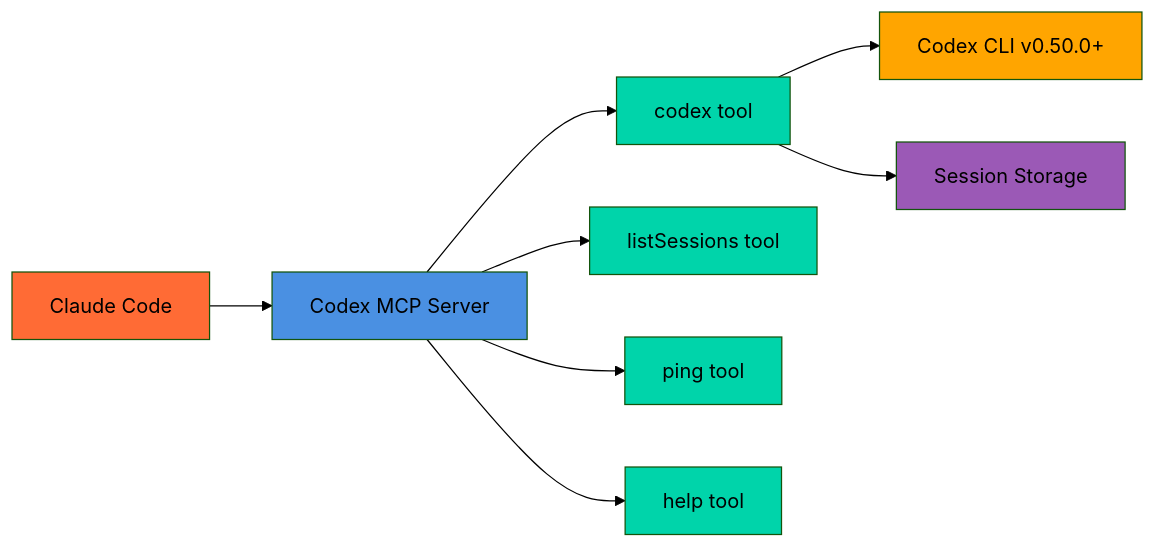
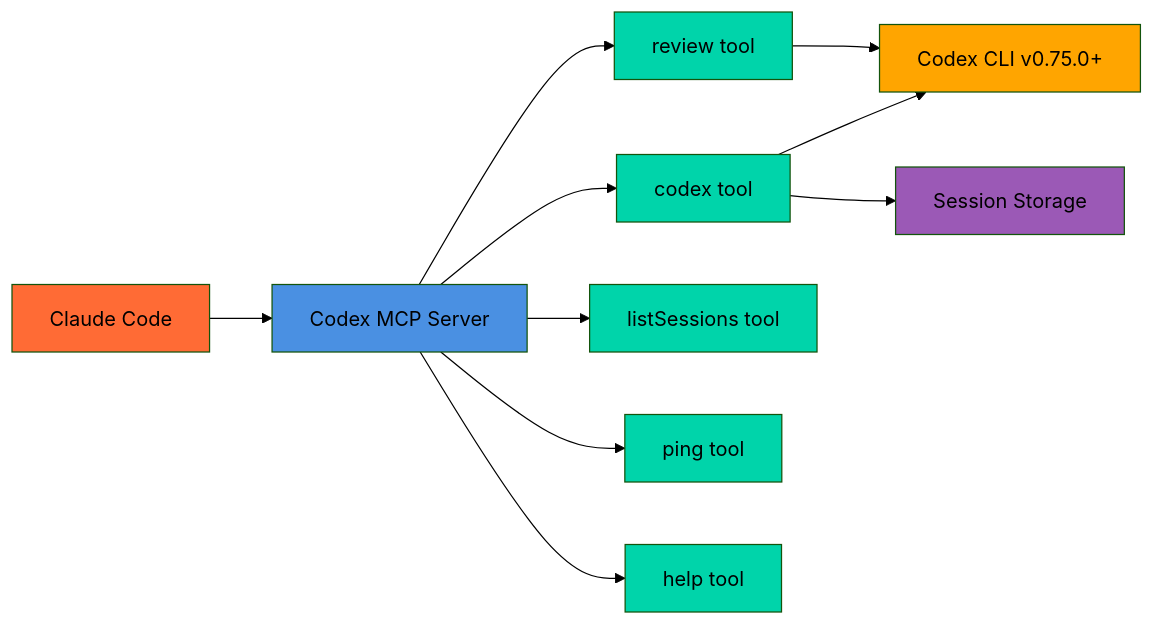
One commit to tuannvm/codex-mcp-server changed the diagram in README.md. Above: the diagram before and after it, drawn with Mermaid (forest theme). The commit also changed other lines of this file and 1 other file, not shown here.

Commit message:
docs: update Codex CLI v0.75.0+ integration and review features

````diff
--- a/README.md
+++ b/README.md
@@ -9,21 +9,24 @@
 ```mermaid
 graph LR
     A[Claude Code] --> B[Codex MCP Server]
 
     B --> C[codex tool]
+    B --> R[review tool]
     B --> D[listSessions tool]
     B --> E[ping tool]
     B --> F[help tool]
 
-    C --> G[Codex CLI v0.50.0+]
+    C --> G[Codex CLI v0.75.0+]
     C --> H[Session Storage]
+    R --> G
 
     style A fill:#FF6B35
     style B fill:#4A90E2
     style C fill:#00D4AA
+    style R fill:#00D4AA
     style D fill:#00D4AA
     style E fill:#00D4AA
     style F fill:#00D4AA
     style G fill:#FFA500
     style H fill:#9B59B6
 ```
````
